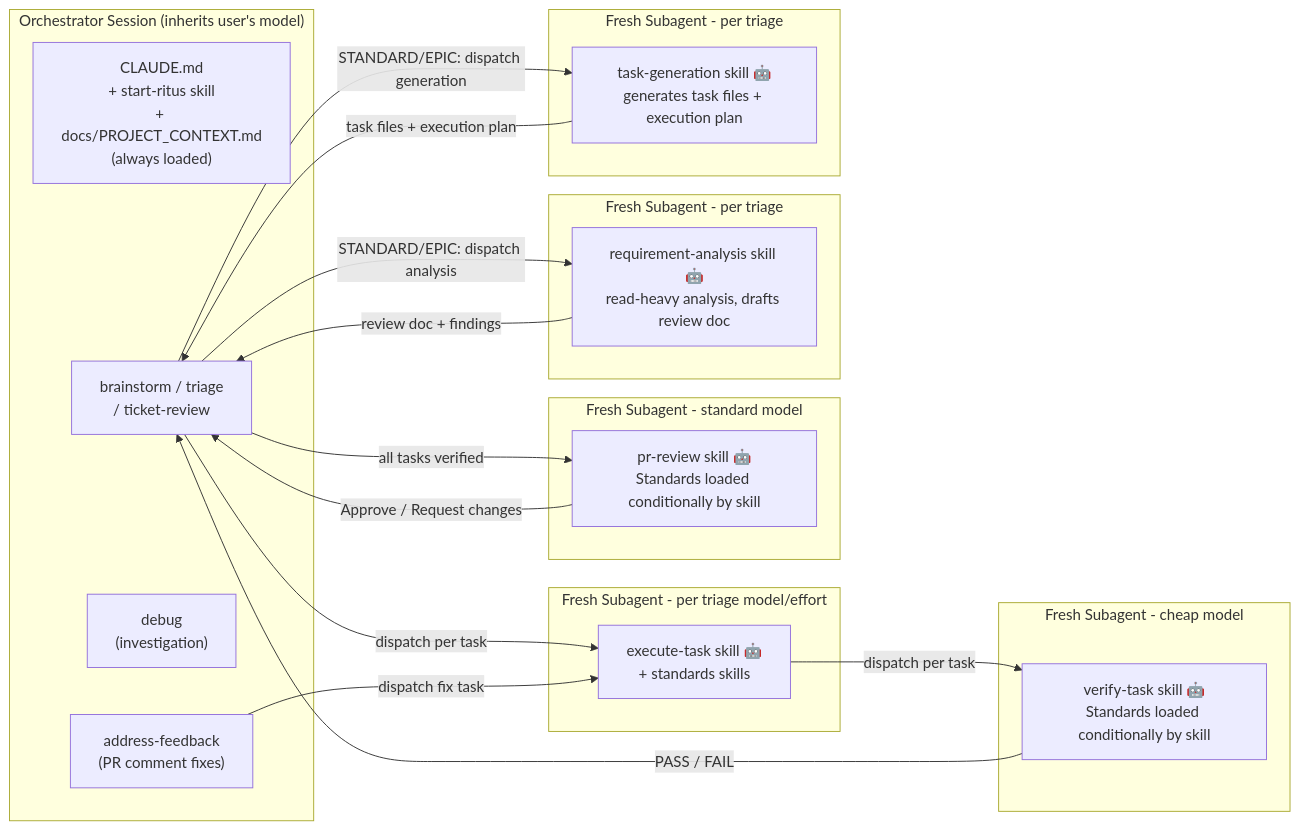
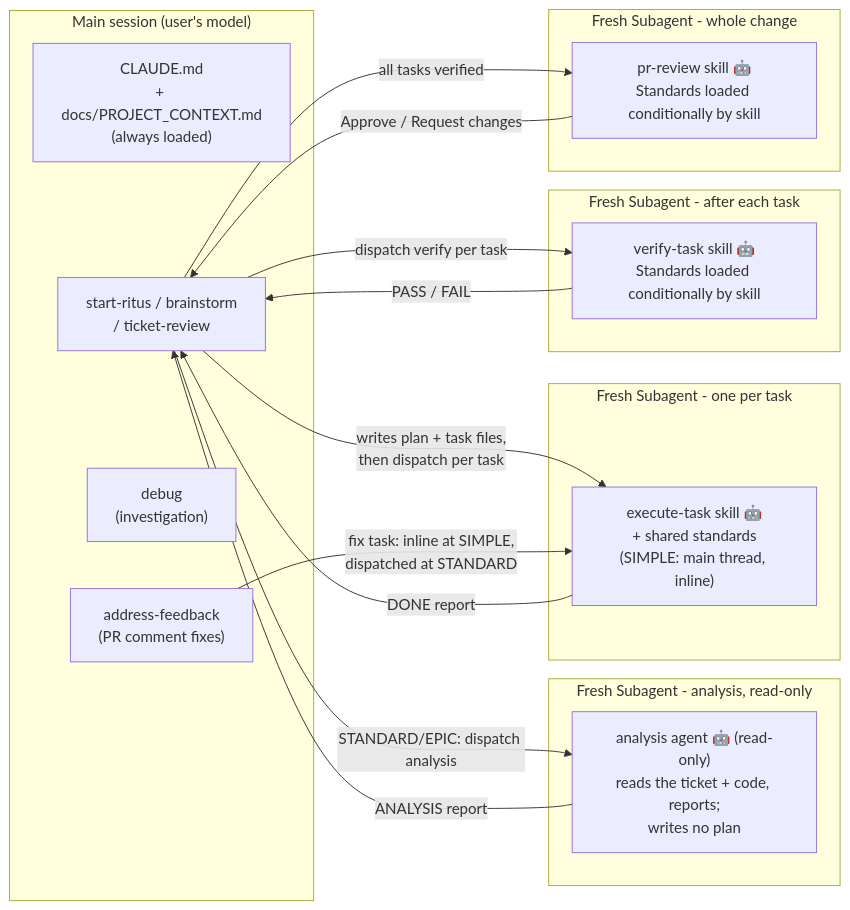
Before and after one commit to precise-alloy/ritus: the sixth of 8 diagrams in docs/WORKFLOW_DIAGRAMS.md, drawn with Mermaid. The commit also changed other lines of this file and 106 other files, not shown here.

First line of the commit message:
feat!: Ritus 3.0.0 - rewrite the skills and move the plugin into plugin/

````diff
--- a/docs/WORKFLOW_DIAGRAMS.md
+++ b/docs/WORKFLOW_DIAGRAMS.md
@@ -209,40 +195,35 @@
 ```mermaid
 flowchart LR
-    subgraph "Orchestrator Session (inherits user's model)"
-        A["CLAUDE.md\n+ start-ritus skill\n+ docs/PROJECT_CONTEXT.md\n(always loaded)"]
-        B["brainstorm / triage\n/ ticket-review"]
+    subgraph "Main session (user's model)"
+        A["CLAUDE.md\n+ docs/PROJECT_CONTEXT.md\n(always loaded)"]
+        B["start-ritus / brainstorm\n/ ticket-review"]
         D["debug\n(investigation)"]
         E["address-feedback\n(PR comment fixes)"]
     end
 
-    subgraph "Fresh Subagent - per triage model/effort"
-        C["execute-task skill 🤖\n+ standards skills"]
+    subgraph "Fresh Subagent - analysis, read-only"
+        AN["analysis agent 🤖 (read-only)\nreads the ticket + code, reports;\nwrites no plan"]
     end
 
-    subgraph "Fresh Subagent - cheap model"
+    subgraph "Fresh Subagent - one per task"
+        C["execute-task skill 🤖\n+ shared standards\n(SIMPLE: main thread, inline)"]
+    end
+
+    subgraph "Fresh Subagent - after each task"
         V["verify-task skill 🤖\nStandards loaded conditionally by skill"]
     end
 
-    subgraph "Fresh Subagent - standard model"
+    subgraph "Fresh Subagent - whole change"
         R["pr-review skill 🤖\nStandards loaded conditionally by skill"]
     end
 
-    subgraph "Fresh Subagent - per triage"
-        RA["requirement-analysis skill 🤖\nread-heavy analysis, drafts review doc"]
-    end
-
-    subgraph "Fresh Subagent - per triage"
-        TG["task-generation skill 🤖\ngenerates task files + execution plan"]
-    end
-
-    B -- "STANDARD/EPIC: dispatch analysis" --> RA
-    RA -- "review doc + findings" --> B
-    B -- "STANDARD/EPIC: dispatch generation" --> TG
-    TG -- "task files + execution plan" --> B
-    B -- "dispatch per task" --> C
-    C -- "dispatch per task" --> V
+    B -- "STANDARD/EPIC: dispatch analysis" --> AN
+    AN -- "ANALYSIS report" --> B
+    B -- "writes plan + task files,\nthen dispatch per task" --> C
+    C -- "DONE report" --> B
+    B -- "dispatch verify per task" --> V
     V -- "PASS / FAIL" --> B
     B -- "all tasks verified" --> R
     R -- "Approve / Request changes" --> B
-    E -- "dispatch fix task" --> C
+    E -- "fix task: inline at SIMPLE,\ndispatched at STANDARD" --> C
 ```
````
